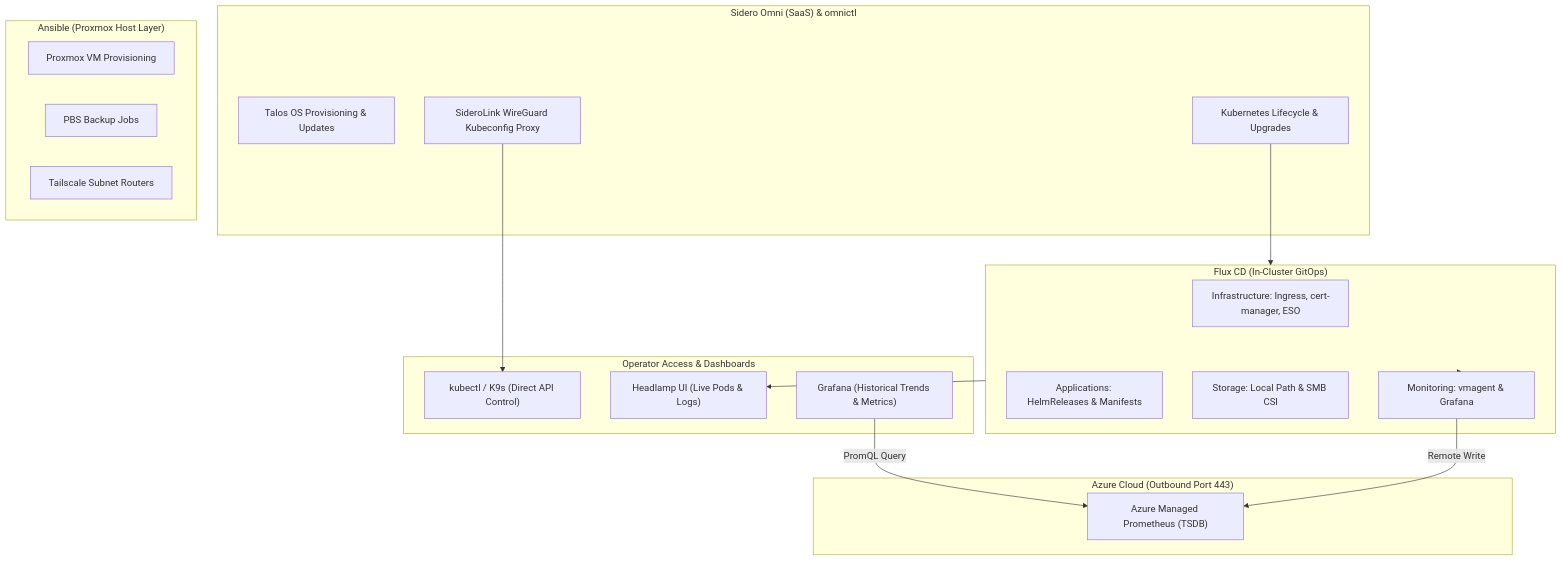
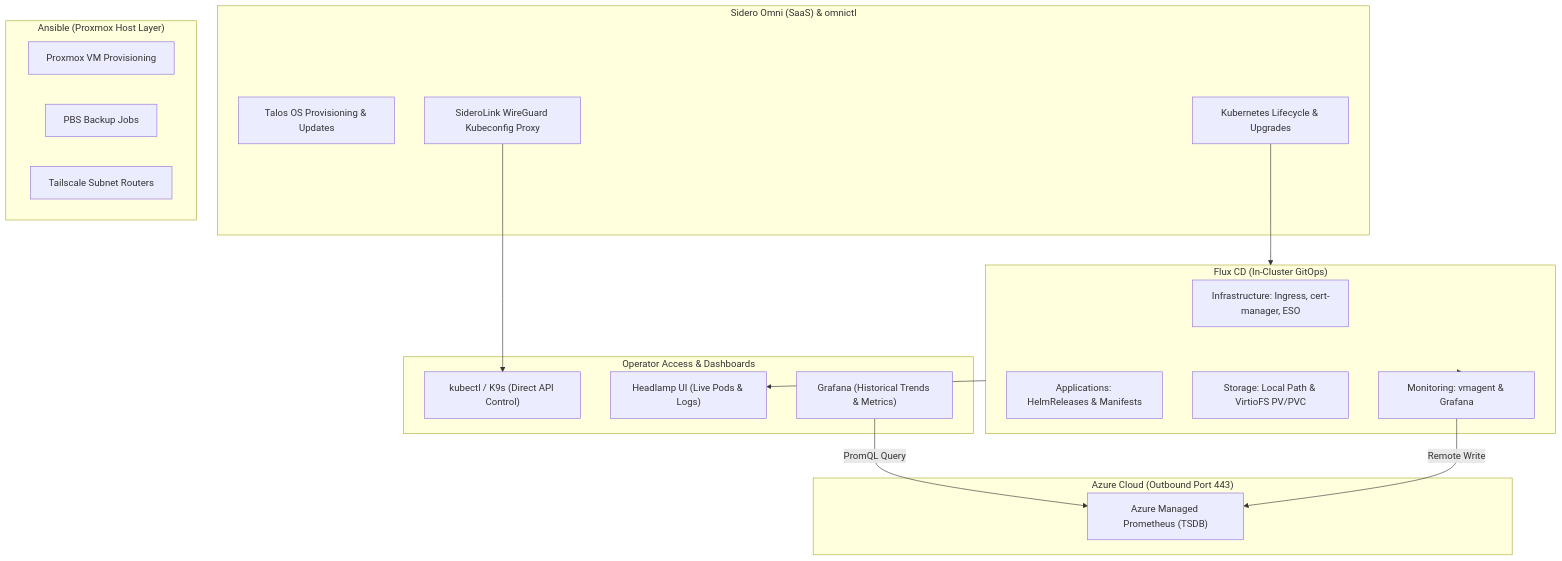
The third of 3 diagrams in K8s/PLAN.md (GabrielJean/HomeLab), drawn with Mermaid before and after one commit. The commit also changed other lines of this file and 6 other files, not shown here.

````diff
--- a/K8s/PLAN.md
+++ b/K8s/PLAN.md
@@ -333,38 +339,38 @@
 ```mermaid
 flowchart TD
     subgraph Sidero_Omni["Sidero Omni (SaaS) & omnictl"]
         OMNI_OS["Talos OS Provisioning & Updates"]
         OMNI_K8S["Kubernetes Lifecycle & Upgrades"]
         OMNI_AUTH["SideroLink WireGuard Kubeconfig Proxy"]
     end
 
     subgraph GitOps_Flux["Flux CD (In-Cluster GitOps)"]
         FLUX_INFRA["Infrastructure: Ingress, cert-manager, ESO"]
         FLUX_APPS["Applications: HelmReleases & Manifests"]
-        FLUX_STORE["Storage: Local Path & SMB CSI"]
+        FLUX_STORE["Storage: Local Path & VirtioFS PV/PVC"]
         FLUX_MON["Monitoring: vmagent & Grafana"]
     end
 
     subgraph Admin_Tools["Operator Access & Dashboards"]
         KUBECTL["kubectl / K9s (Direct API Control)"]
         HEADLAMP["Headlamp UI (Live Pods & Logs)"]
         GRAFANA["Grafana (Historical Trends & Metrics)"]
     end
 
     subgraph Cloud_Metrics["Azure Cloud (Outbound Port 443)"]
         AZ_PROM["Azure Managed Prometheus (TSDB)"]
     end
 
     subgraph Host_Infra["Ansible (Proxmox Host Layer)"]
         ANS_VM["Proxmox VM Provisioning"]
         ANS_PBS["PBS Backup Jobs"]
         ANS_TS["Tailscale Subnet Routers"]
     end
 
     OMNI_AUTH --> KUBECTL
     OMNI_K8S --> GitOps_Flux
     GitOps_Flux --> HEADLAMP
     GitOps_Flux --> FLUX_MON
     FLUX_MON -- "Remote Write" --> AZ_PROM
     GRAFANA -- "PromQL Query" --> AZ_PROM
 ```
````
